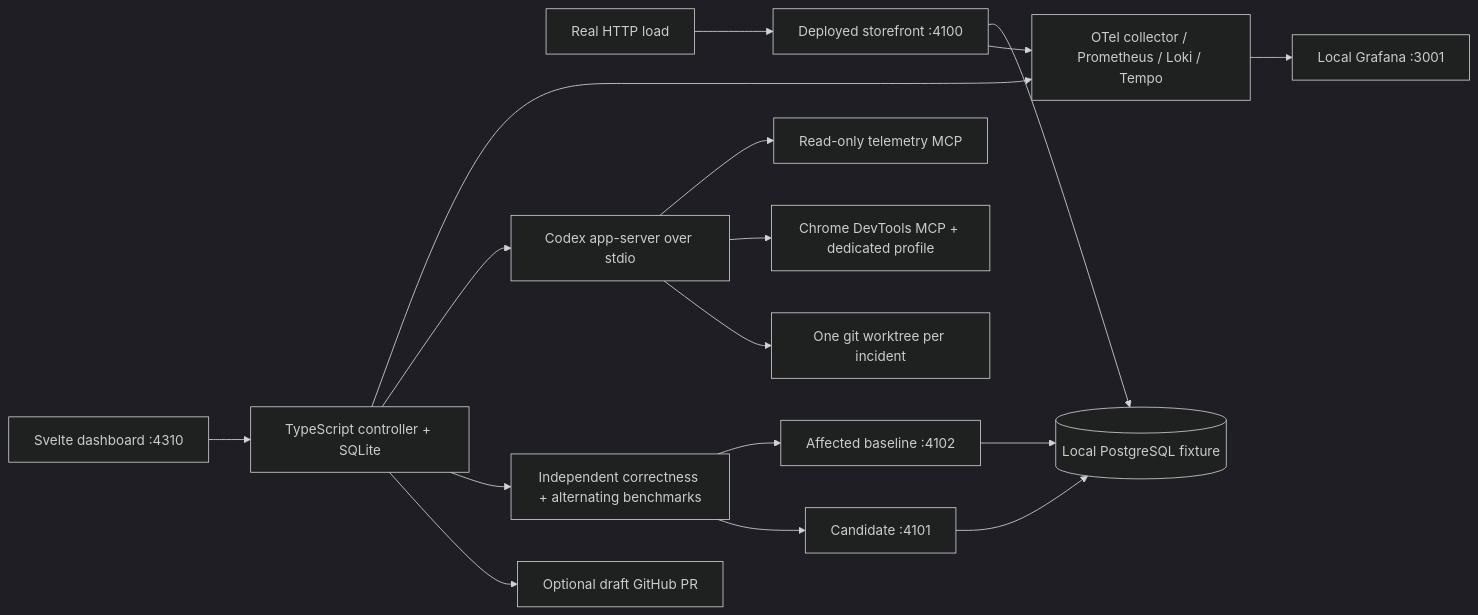
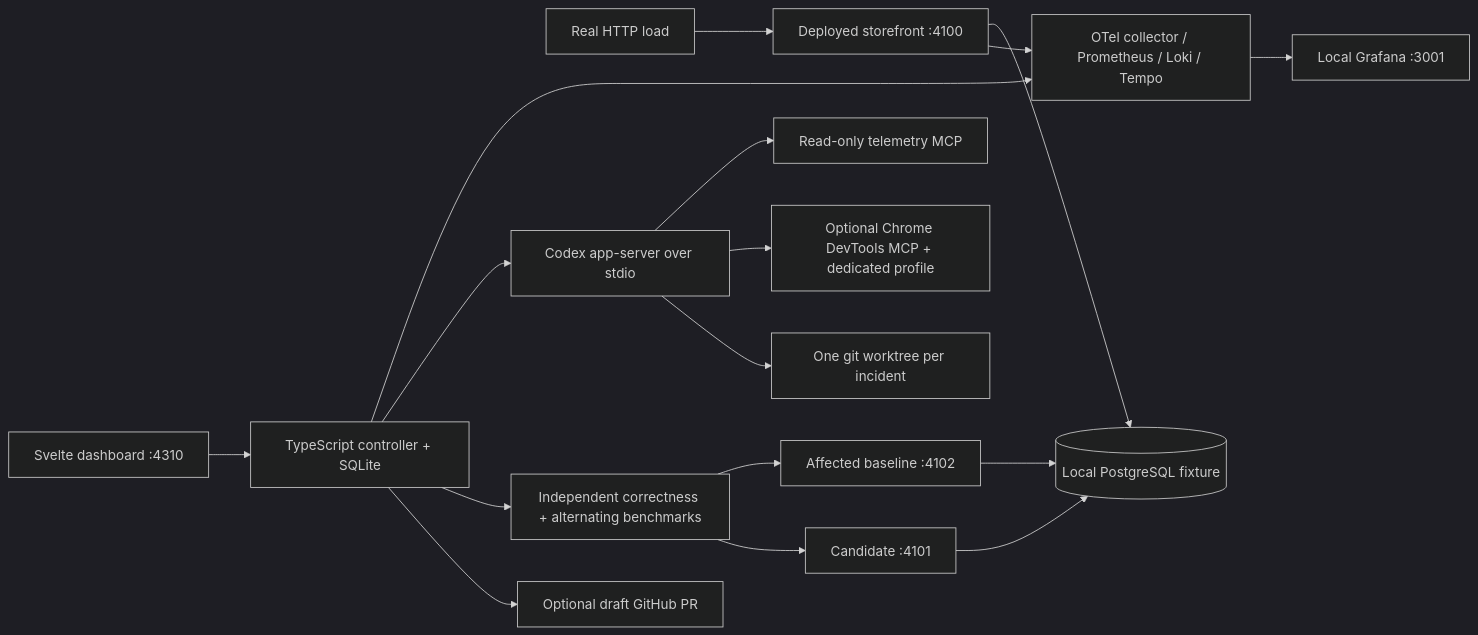
One commit to tzehon/research changed the diagram in perf-agent/README.md. Above: the diagram before and after it, drawn with Mermaid (dark theme). The commit also changed other lines of this file and 1 other file, not shown here.

````diff
--- a/perf-agent/README.md
+++ b/perf-agent/README.md
@@ -82,19 +82,19 @@
 ```mermaid
 flowchart LR
   UI[Svelte dashboard :4310] --> C[TypeScript controller + SQLite]
   T[Real HTTP load] --> A[Deployed storefront :4100]
   A --> DB[(Local PostgreSQL fixture)]
   A --> O[OTel collector / Prometheus / Loki / Tempo]
   O --> G[Local Grafana :3001]
   C --> O
   C --> R[Codex app-server over stdio]
   R --> M[Read-only telemetry MCP]
-  R --> B[Chrome DevTools MCP + dedicated profile]
+  R --> B[Optional Chrome DevTools MCP + dedicated profile]
   R --> W[One git worktree per incident]
   C --> V[Independent correctness + alternating benchmarks]
   V --> BASE[Affected baseline :4102]
   V --> CAND[Candidate :4101]
   BASE --> DB
   CAND --> DB
   C --> GH[Optional draft GitHub PR]
 ```
````
